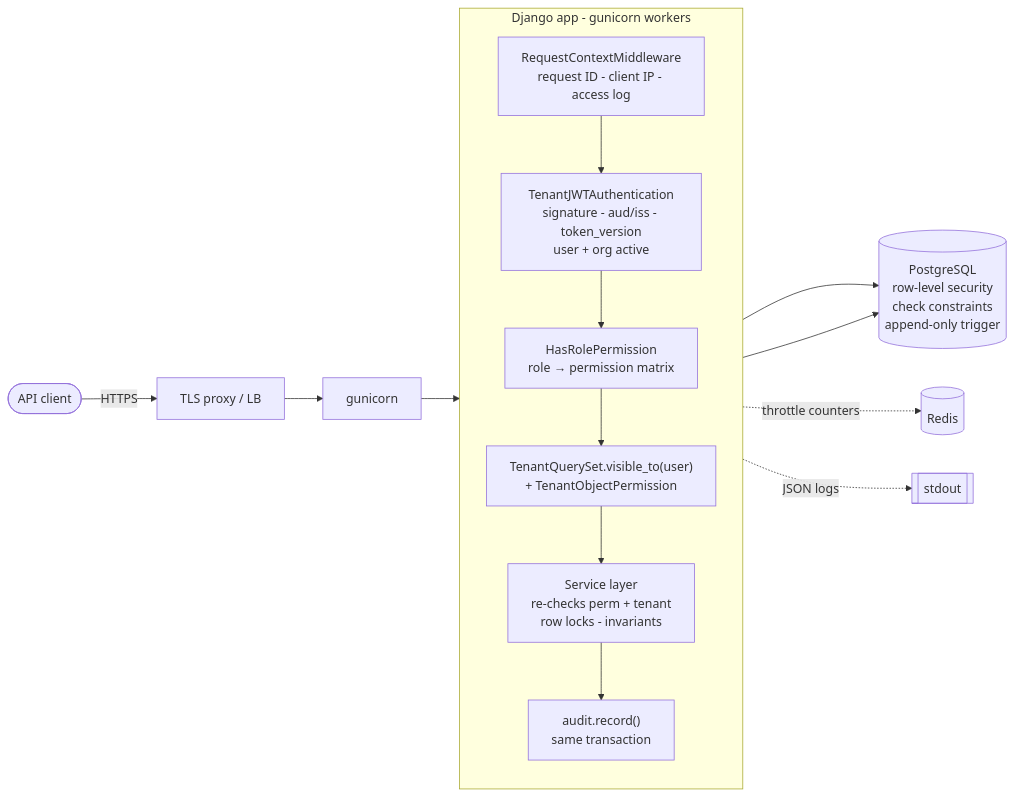
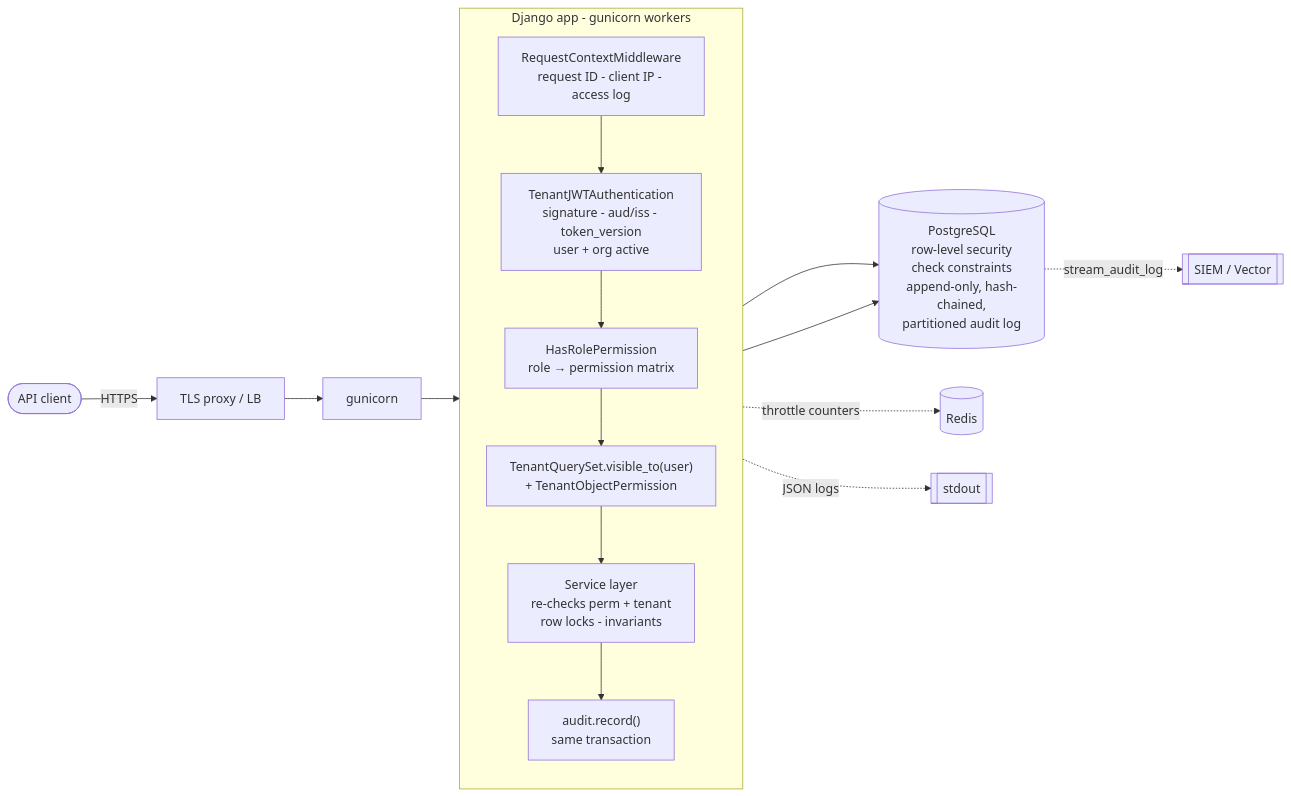
Before and after one commit to Arya-9989/secure-multi-tenant-platform: the first of 2 diagrams in README.md, drawn with Mermaid. The commit also changed other lines of this file and 24 other files, not shown here.

````diff
--- a/README.md
+++ b/README.md
@@ -245,22 +263,23 @@
 ```mermaid
 flowchart LR
     client([API client]) -->|HTTPS| proxy[TLS proxy / LB]
     proxy --> gunicorn
 
     subgraph app [Django app - gunicorn workers]
         direction TB
         mw["RequestContextMiddleware<br/>request ID - client IP - access log"]
         auth["TenantJWTAuthentication<br/>signature - aud/iss - token_version<br/>user + org active"]
         perms["HasRolePermission<br/>role → permission matrix"]
         scope["TenantQuerySet.visible_to(user)<br/>+ TenantObjectPermission"]
         svc["Service layer<br/>re-checks perm + tenant<br/>row locks - invariants"]
         audit["audit.record()<br/>same transaction"]
         mw --> auth --> perms --> scope --> svc --> audit
     end
 
     gunicorn --> mw
-    svc --> pg[(PostgreSQL<br/>row-level security<br/>check constraints<br/>append-only trigger)]
+    svc --> pg[(PostgreSQL<br/>row-level security<br/>check constraints<br/>append-only, hash-chained,<br/>partitioned audit log)]
+    pg -. stream_audit_log .-> siem[[SIEM / Vector]]
     audit --> pg
     perms -. throttle counters .-> redis[(Redis)]
     mw -. JSON logs .-> stdout[[stdout]]
 ```
````
